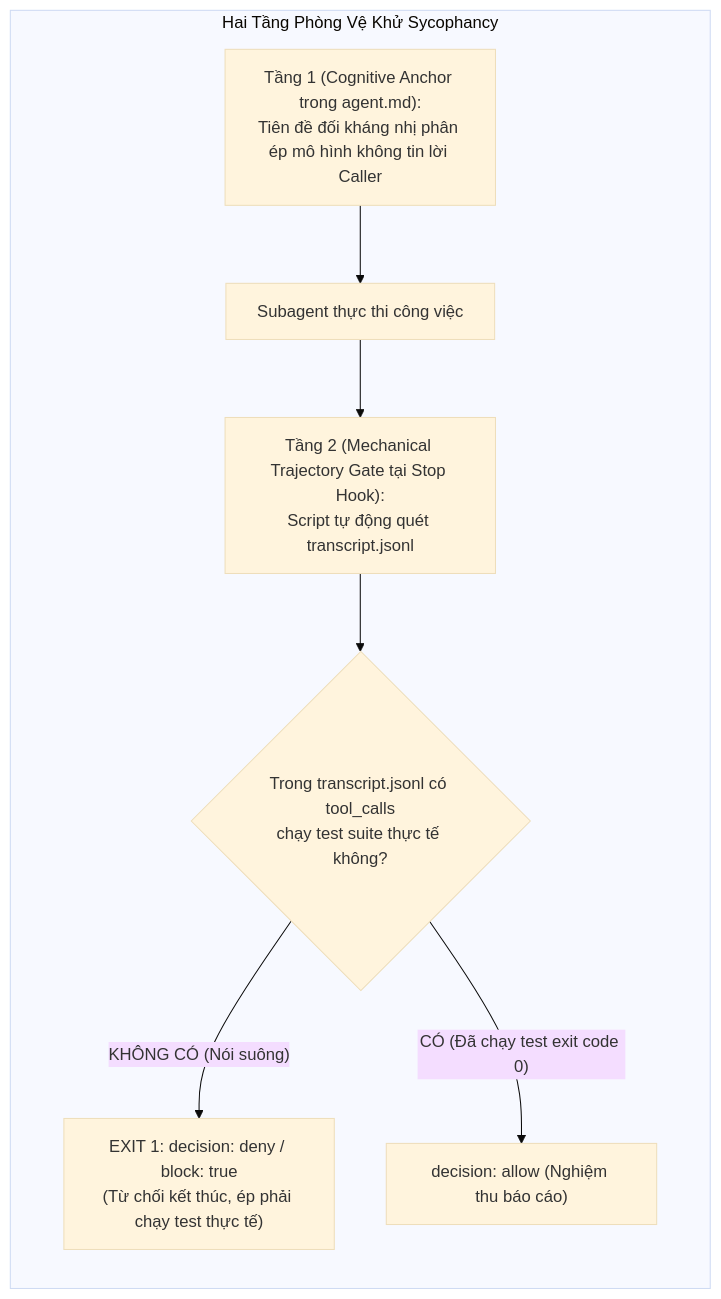
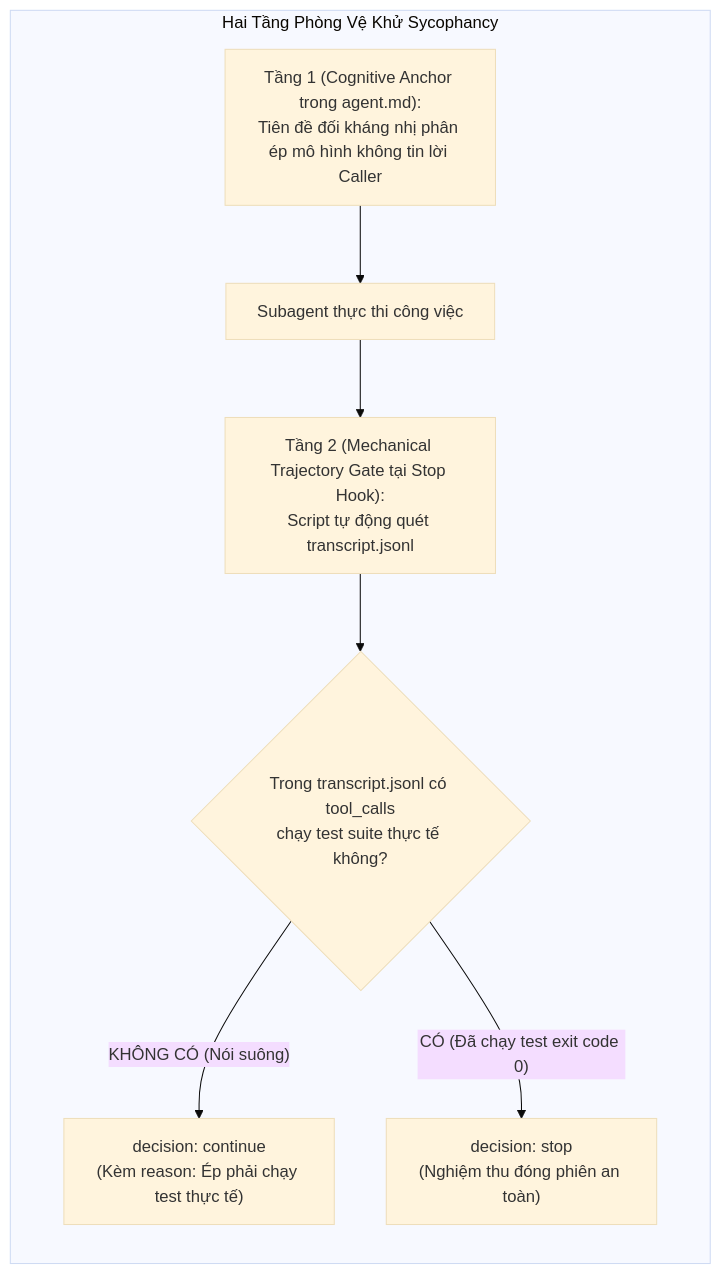
One commit to vuthuonghai-steve/auto-rep-zalo changed the third of 3 diagrams in Docs/AGENTS_ANALYSTS/harness-architecture-evaluation/03-sycophancy-and-pretooluse-mechanics.md. Above: the diagram before and after it, drawn with Mermaid (base theme). The commit also changed 8 other files, not shown here.

````diff
--- a/Docs/AGENTS_ANALYSTS/harness-architecture-evaluation/03-sycophancy-and-pretooluse-mechanics.md
+++ b/Docs/AGENTS_ANALYSTS/harness-architecture-evaluation/03-sycophancy-and-pretooluse-mechanics.md
@@ -112,13 +112,13 @@
 ```mermaid
 flowchart TD
     subgraph SycophancyDefense["Hai Tầng Phòng Vệ Khử Sycophancy"]
         direction TB
         L0Anchor["Tầng 1 (Cognitive Anchor trong agent.md):\nTiên đề đối kháng nhị phân ép mô hình không tin lời Caller"] --> Execution["Subagent thực thi công việc"]
         
         Execution --> StopCheck["Tầng 2 (Mechanical Trajectory Gate tại Stop Hook):\nScript tự động quét transcript.jsonl"]
         
         StopCheck --> ToolVerify{"Trong transcript.jsonl có tool_calls\nchạy test suite thực tế không?"}
-        ToolVerify -- "KHÔNG CÓ (Nói suông)" --> DenyStop["EXIT 1: decision: deny / block: true\n(Từ chối kết thúc, ép phải chạy test thực tế)"]
-        ToolVerify -- "CÓ (Đã chạy test exit code 0)" --> AllowStop["decision: allow (Nghiệm thu báo cáo)"]
+        ToolVerify -- "KHÔNG CÓ (Nói suông)" --> DenyStop["decision: continue\n(Kèm reason: Ép phải chạy test thực tế)"]
+        ToolVerify -- "CÓ (Đã chạy test exit code 0)" --> AllowStop["decision: stop\n(Nghiệm thu đóng phiên an toàn)"]
     end
 ```
````
